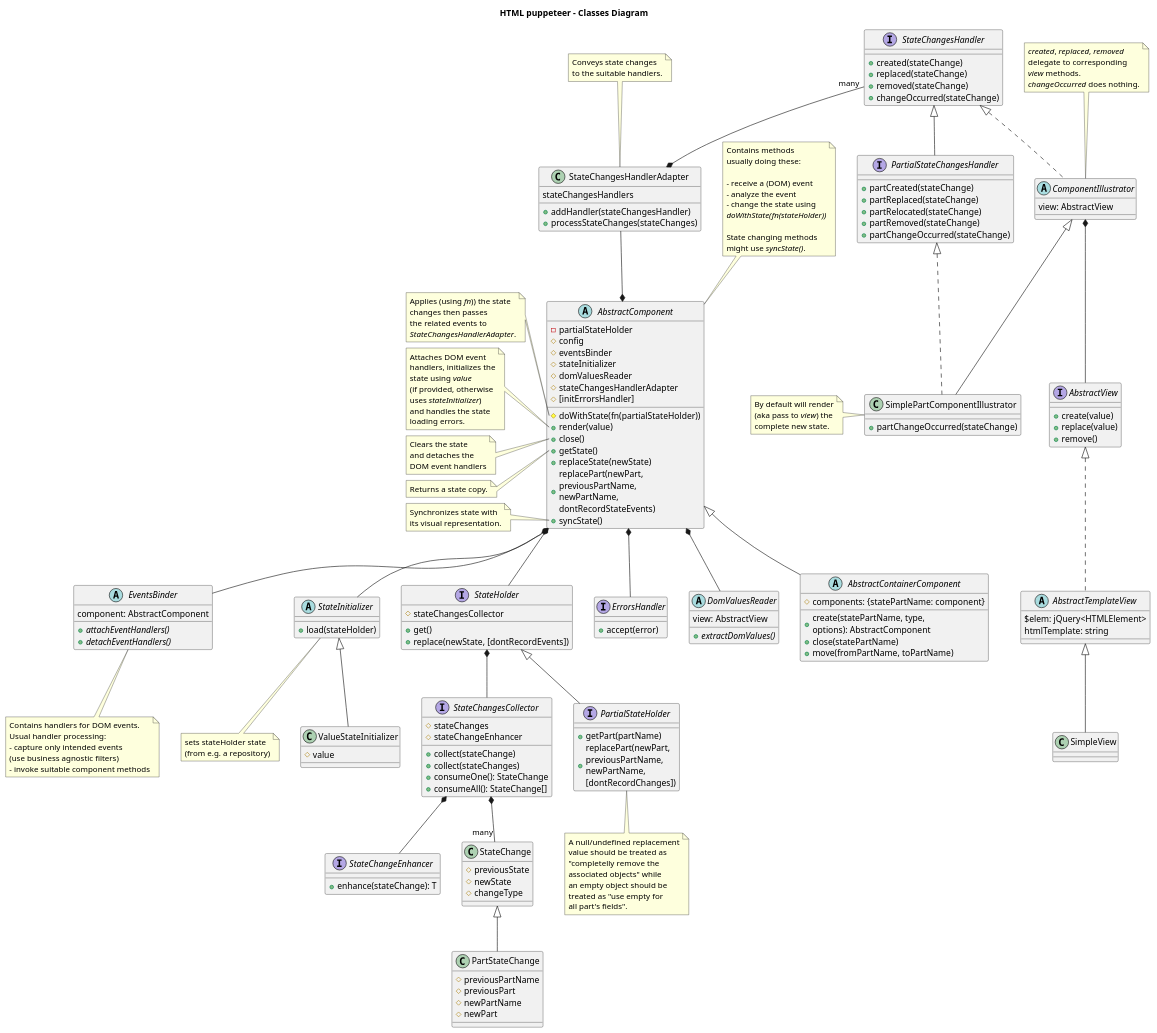
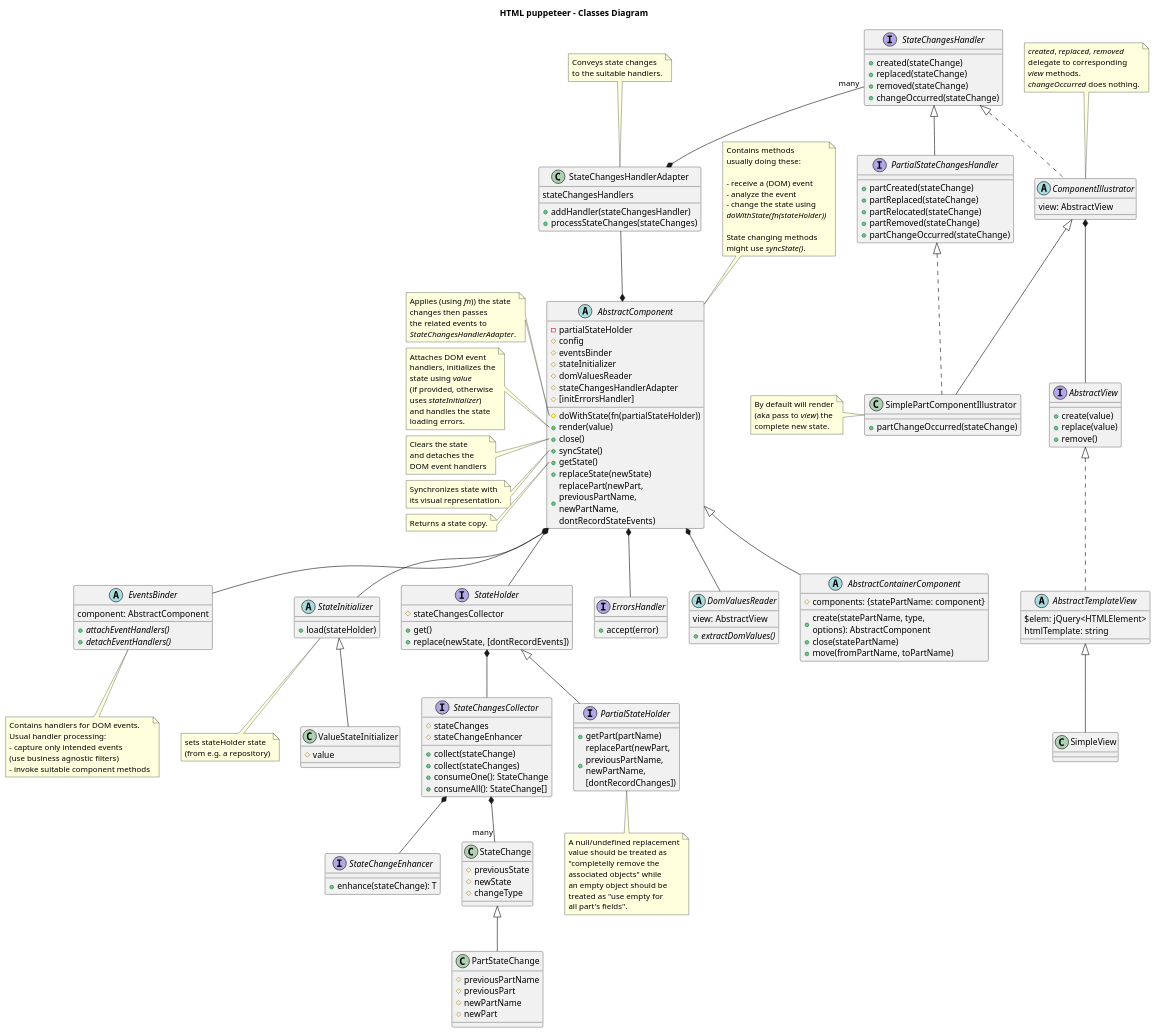
One commit to adrhc/html-puppeteer changed the diagram in design/classes-diagram.puml. Above: the diagram before and after it, drawn with PlantUML. The commit also changed 12 other files, not shown here.

```diff
--- a/design/classes-diagram.puml
+++ b/design/classes-diagram.puml
@@ -13,10 +13,10 @@
   #doWithState(fn(partialStateHolder))
   +render(value)
   +close()
+  +syncState()
   +getState()
   +replaceState(newState)
   +replacePart(newPart, \npreviousPartName, \nnewPartName, \ndontRecordStateEvents)
-  +syncState()
 }
 
 note top of AbstractComponent
@@ -78,13 +78,13 @@
 DOM event handlers
 end note
 
-note left of AbstractComponent::get
-Returns a state copy.
-end note
-
 note left of AbstractComponent::syncState
 Synchronizes state with
 its visual representation.
+end note
+
+note left of AbstractComponent::getState
+Returns a state copy.
 end note
 
 abstract AbstractContainerComponent extends AbstractComponent {
```
